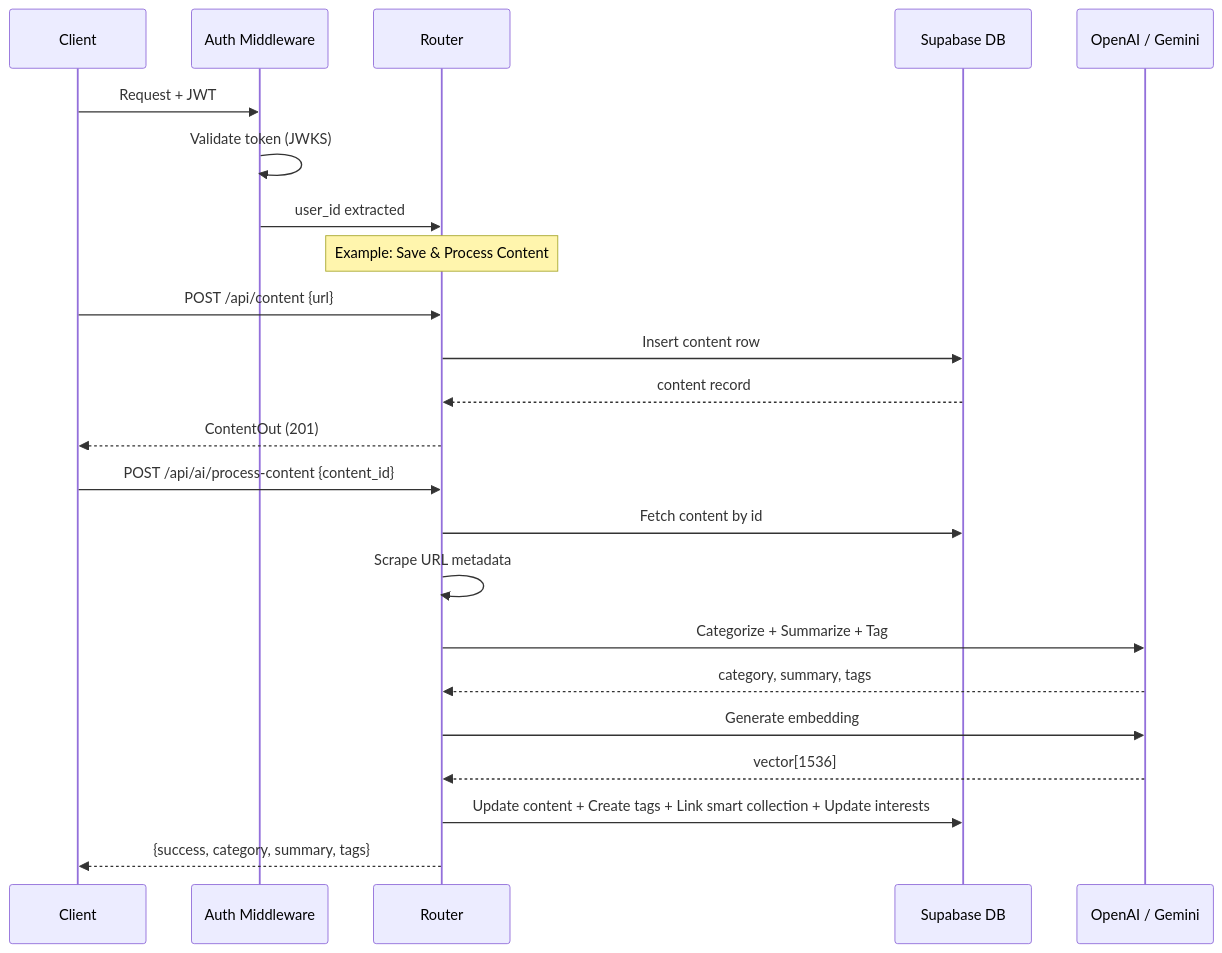
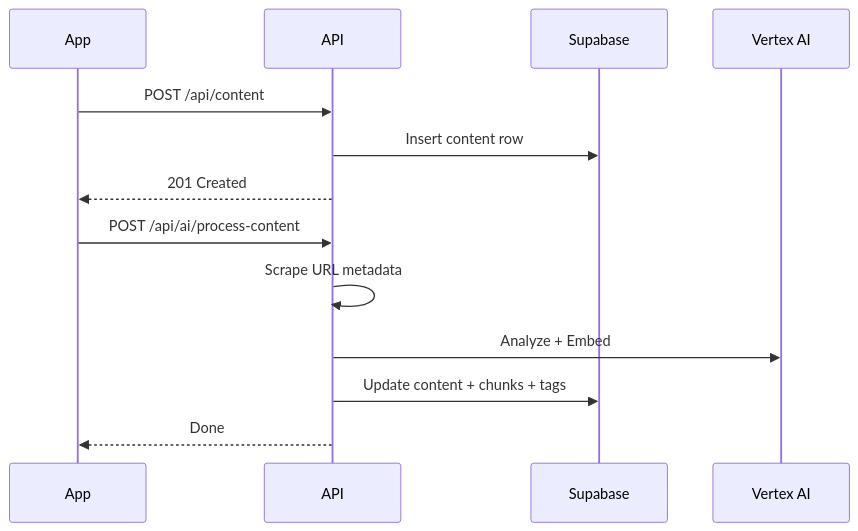
One commit to RiteshF7/zunoapp changed the second of 4 diagrams in backend/API_DOCS.md. Above: the diagram before and after it, drawn with Mermaid. The commit also changed other lines of this file and 6 other files, not shown here.

````diff
--- a/backend/API_DOCS.md
+++ b/backend/API_DOCS.md
@@ -509,29 +31,15 @@
 ```mermaid
 sequenceDiagram
-    participant C as Client
-    participant A as Auth Middleware
-    participant R as Router
-    participant S as Supabase DB
-    participant AI as OpenAI / Gemini
-
-    C->>A: Request + JWT
-    A->>A: Validate token (JWKS)
-    A->>R: user_id extracted
-
-    Note over R: Example: Save & Process Content
-
-    C->>R: POST /api/content {url}
-    R->>S: Insert content row
-    S-->>R: content record
-    R-->>C: ContentOut (201)
-
-    C->>R: POST /api/ai/process-content {content_id}
-    R->>S: Fetch content by id
-    R->>R: Scrape URL metadata
-    R->>AI: Categorize + Summarize + Tag
-    AI-->>R: category, summary, tags
-    R->>AI: Generate embedding
-    AI-->>R: vector[1536]
-    R->>S: Update content + Create tags + Link smart collection + Update interests
-    R-->>C: {success, category, summary, tags}
+    participant App
+    participant API
+    participant DB as Supabase
+    participant AI as Vertex AI
+    App->>API: POST /api/content
+    API->>DB: Insert content row
+    API-->>App: 201 Created
+    App->>API: POST /api/ai/process-content
+    API->>API: Scrape URL metadata
+    API->>AI: Analyze + Embed
+    API->>DB: Update content + chunks + tags
+    API-->>App: Done
 ```
````
